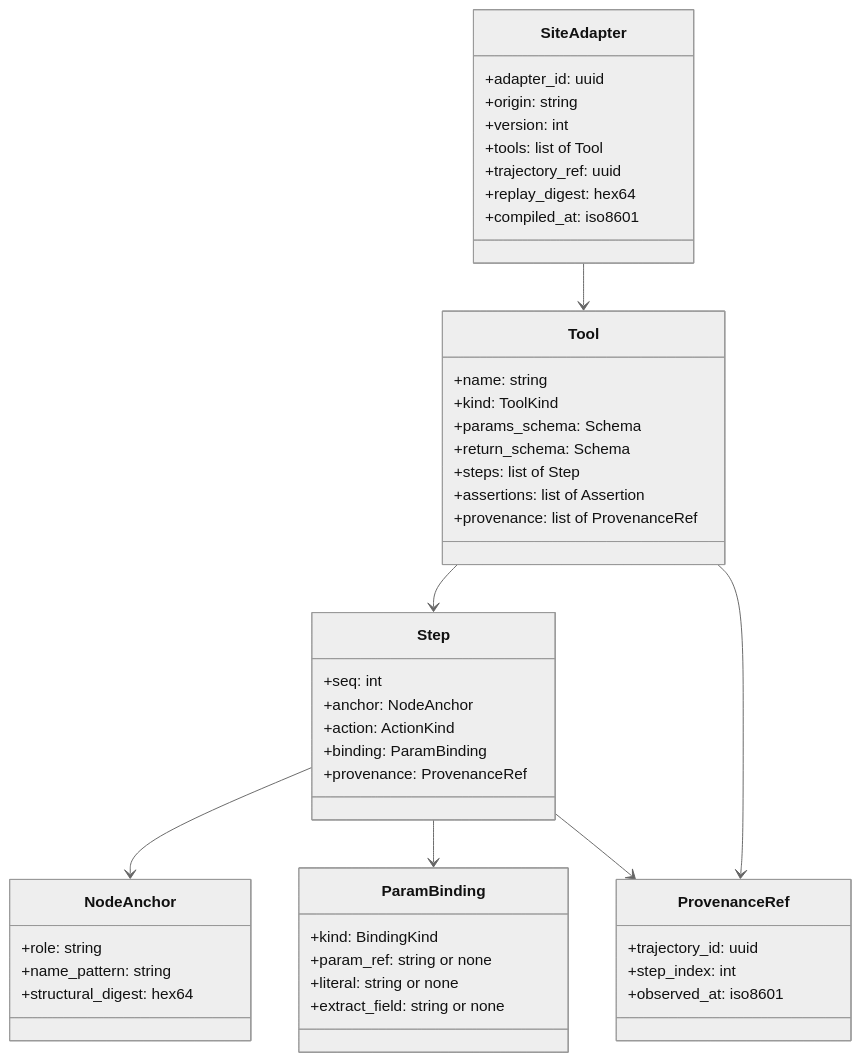
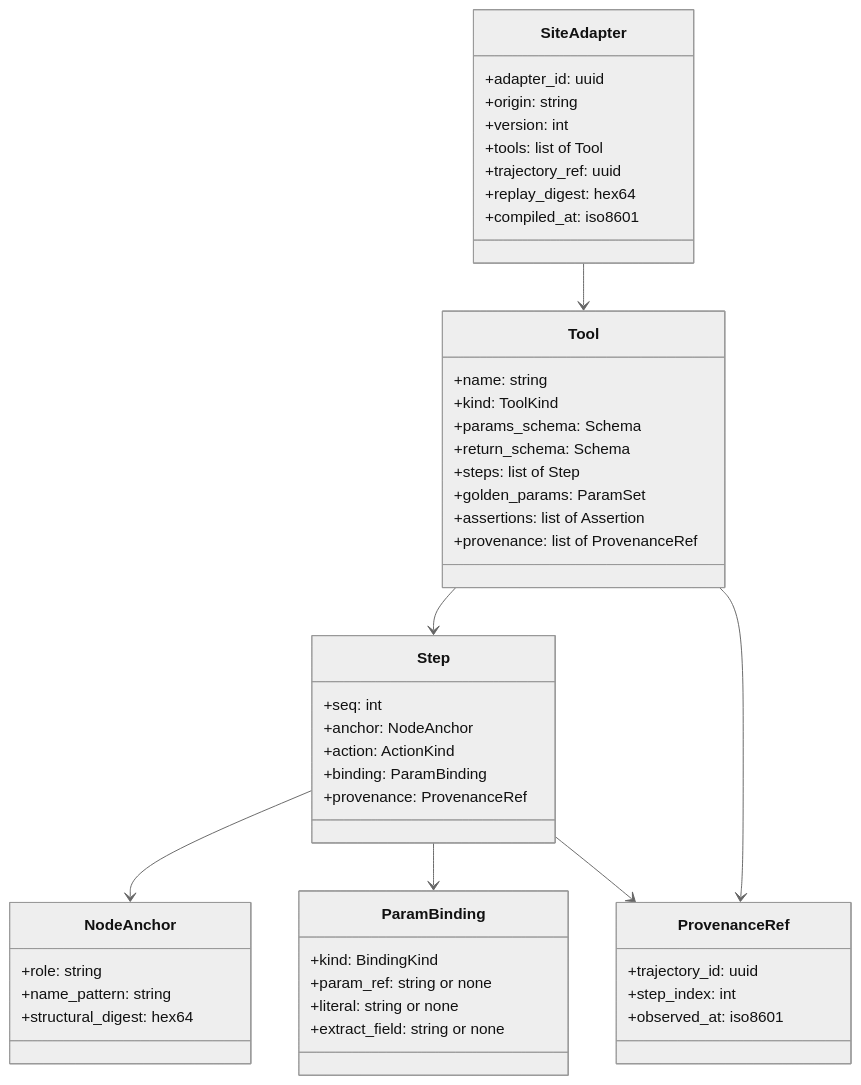
The second of 8 diagrams in designs/site-adapter-compiler/LLD.md (febufenn-cyber/drawing-office-v2), drawn with Mermaid (neutral theme) before and after one commit. The commit also changed other lines of this file and 6 other files, not shown here.

````diff
--- a/designs/site-adapter-compiler/LLD.md
+++ b/designs/site-adapter-compiler/LLD.md
@@ -70,50 +71,51 @@
 ```mermaid
 classDiagram
     class SiteAdapter {
         +adapter_id: uuid
         +origin: string
         +version: int
         +tools: list of Tool
         +trajectory_ref: uuid
         +replay_digest: hex64
         +compiled_at: iso8601
     }
     class Tool {
         +name: string
         +kind: ToolKind
         +params_schema: Schema
         +return_schema: Schema
         +steps: list of Step
+        +golden_params: ParamSet
         +assertions: list of Assertion
         +provenance: list of ProvenanceRef
     }
     class Step {
         +seq: int
         +anchor: NodeAnchor
         +action: ActionKind
         +binding: ParamBinding
         +provenance: ProvenanceRef
     }
     class NodeAnchor {
         +role: string
         +name_pattern: string
         +structural_digest: hex64
     }
     class ParamBinding {
         +kind: BindingKind
         +param_ref: string or none
         +literal: string or none
         +extract_field: string or none
     }
     class ProvenanceRef {
         +trajectory_id: uuid
         +step_index: int
         +observed_at: iso8601
     }
     SiteAdapter --> Tool
     Tool --> Step
     Tool --> ProvenanceRef
     Step --> NodeAnchor
     Step --> ParamBinding
     Step --> ProvenanceRef
 ```
````
